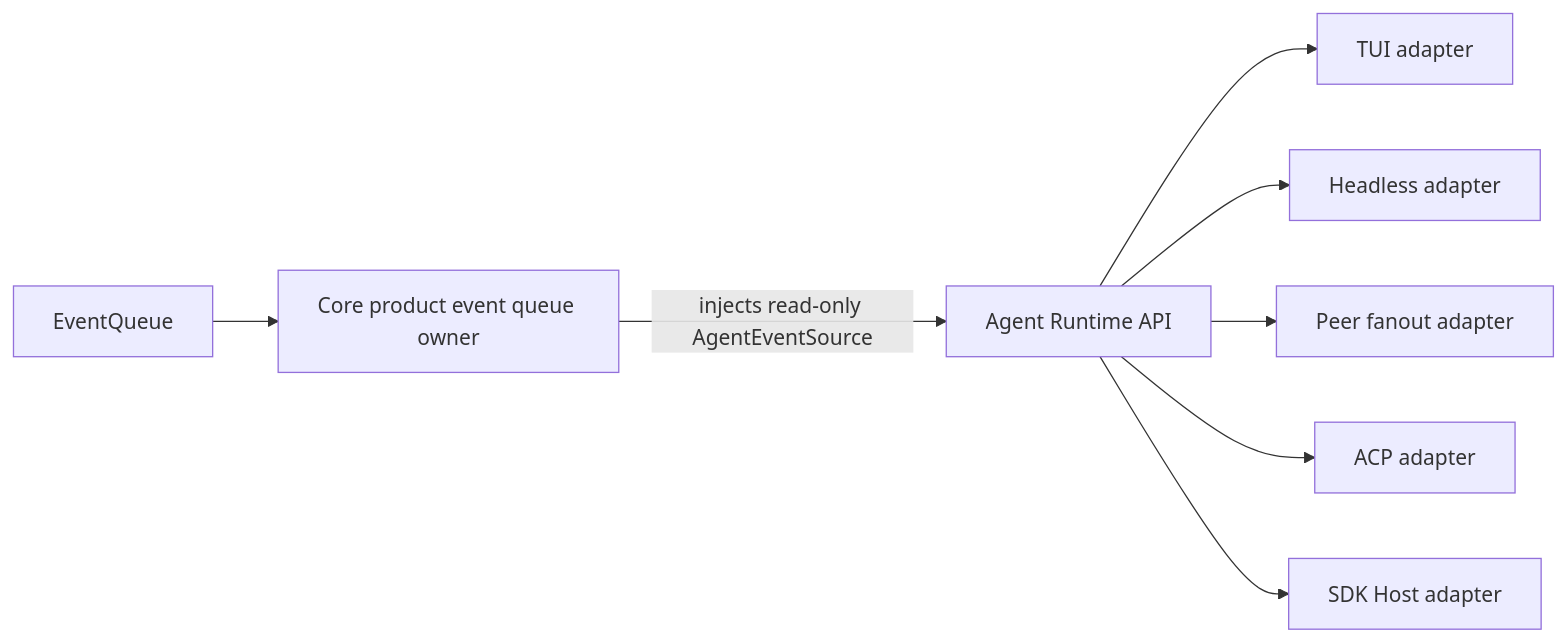
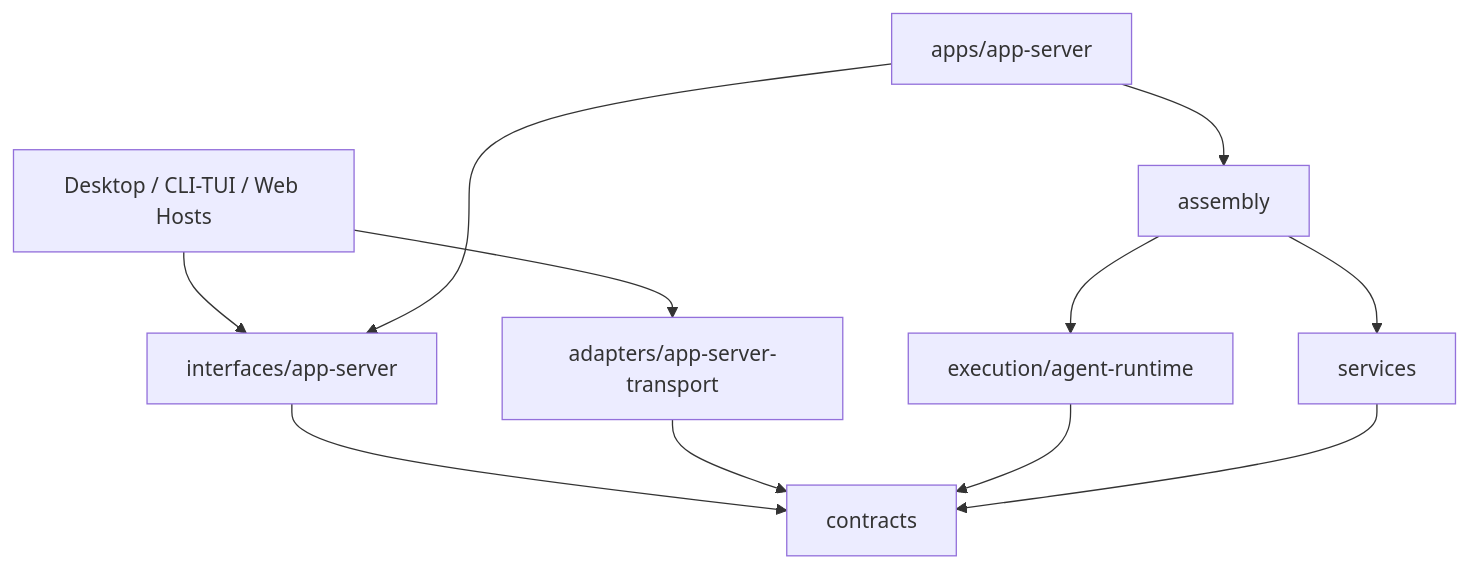
One commit to GCWing/BitFun changed the third of 6 diagrams in docs/architecture/agent-runtime-deployment-design.md. Above: the diagram before and after it, drawn with Mermaid. The commit also changed other lines of this file and 13 other files, not shown here.

Commit message:
feat(doct): add app server design

````diff
--- a/docs/architecture/agent-runtime-deployment-design.md
+++ b/docs/architecture/agent-runtime-deployment-design.md
@@ -83,10 +101,13 @@
 ```mermaid
-flowchart LR
-  Queue["EventQueue"] --> Owner["Core product event queue owner"]
-  Owner -->|"injects read-only AgentEventSource"| Runtime["Agent Runtime API"]
-  Runtime --> TUI["TUI adapter"]
-  Runtime --> Exec["Headless adapter"]
-  Runtime --> Peer["Peer fanout adapter"]
-  Runtime --> ACP["ACP adapter"]
-  Runtime --> SDK["SDK Host adapter"]
+flowchart TB
+  Rich["Desktop / CLI-TUI / Web Hosts"] --> AppInterface["interfaces/app-server"]
+  Rich --> Transport["adapters/app-server-transport"]
+  AppProcess["apps/app-server"] --> AppInterface
+  AppProcess --> Assembly["assembly"]
+  AppInterface --> Contracts["contracts"]
+  Transport --> Contracts
+  Assembly --> Runtime["execution/agent-runtime"]
+  Assembly --> Services["services"]
+  Runtime --> Contracts
+  Services --> Contracts
 ```
````
